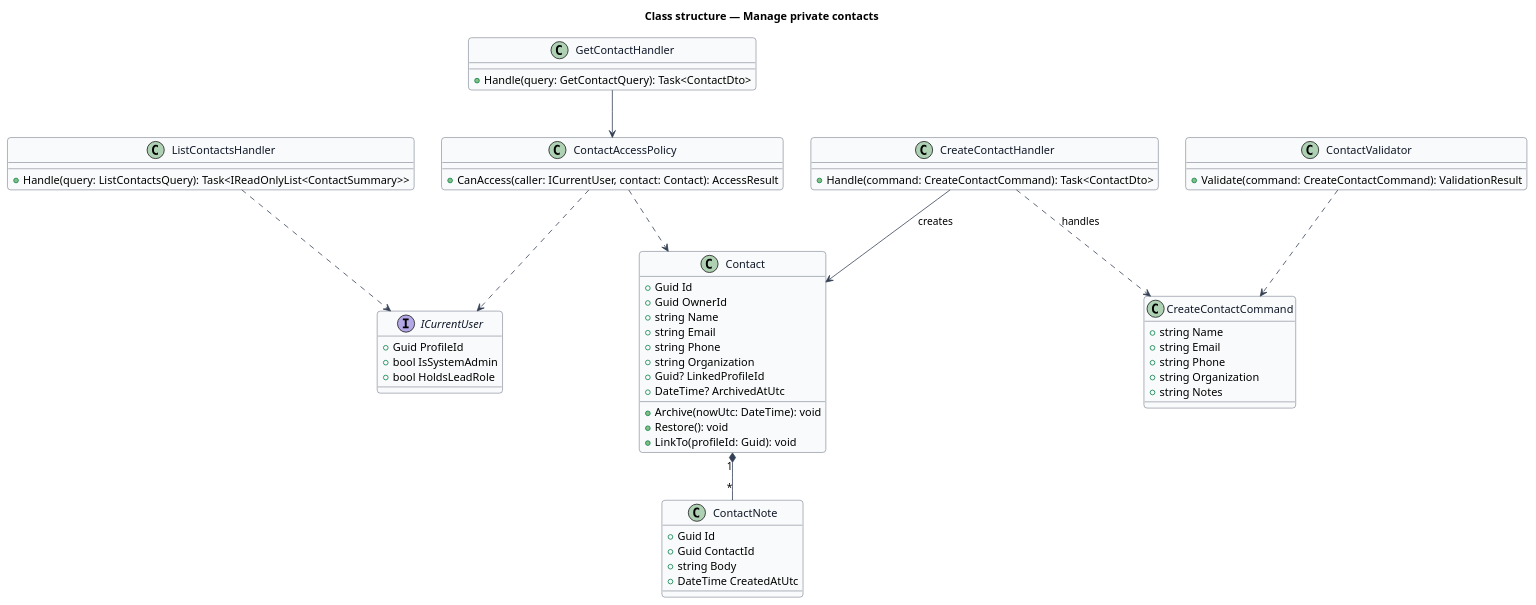
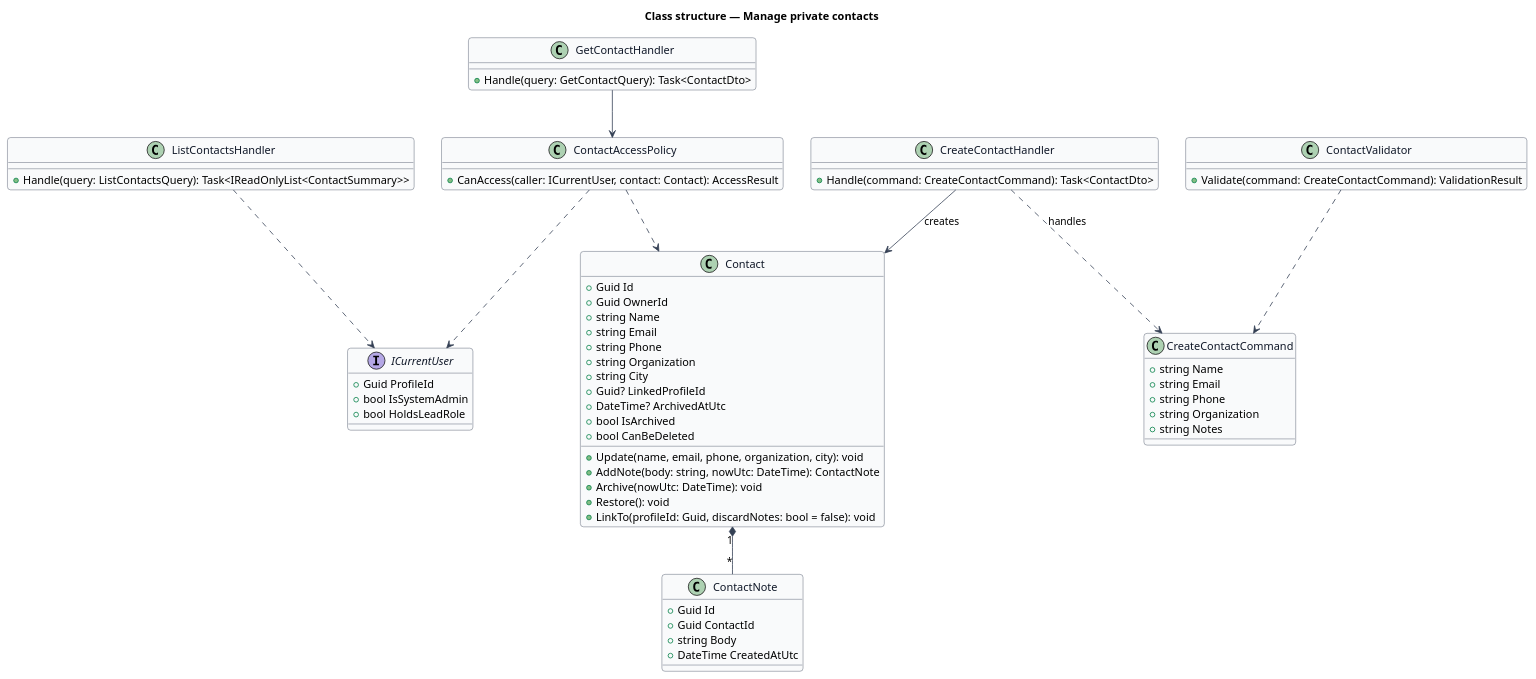
One commit to QuinntyneBrown/faithtech-community changed the diagram in docs/detailed-designs/contacts/manage-contacts/diagrams/class-structure.puml. Above: the diagram before and after it, drawn with PlantUML. The commit also changed 96 other files, not shown here.

```diff
--- a/docs/detailed-designs/contacts/manage-contacts/diagrams/class-structure.puml
+++ b/docs/detailed-designs/contacts/manage-contacts/diagrams/class-structure.puml
@@ -1,68 +1,73 @@
 @startuml
 skinparam backgroundColor #FFFFFF
 skinparam shadowing false
 skinparam roundcorner 8
 skinparam defaultFontName Arial
 skinparam ArrowColor #344054
 skinparam class {
   BorderColor #344054
   FontColor #101828
   BackgroundColor #F9FAFB
 }
 title Class structure — Manage private contacts
 class Contact {
   +Guid Id
   +Guid OwnerId
   +string Name
   +string Email
   +string Phone
   +string Organization
+  +string City
   +Guid? LinkedProfileId
   +DateTime? ArchivedAtUtc
+  +bool IsArchived
+  +bool CanBeDeleted
+  +Update(name, email, phone, organization, city): void
+  +AddNote(body: string, nowUtc: DateTime): ContactNote
   +Archive(nowUtc: DateTime): void
   +Restore(): void
-  +LinkTo(profileId: Guid): void
+  +LinkTo(profileId: Guid, discardNotes: bool = false): void
 }
 class ContactNote {
   +Guid Id
   +Guid ContactId
   +string Body
   +DateTime CreatedAtUtc
 }
 class ContactAccessPolicy {
   +CanAccess(caller: ICurrentUser, contact: Contact): AccessResult
 }
 interface ICurrentUser {
   +Guid ProfileId
   +bool IsSystemAdmin
   +bool HoldsLeadRole
 }
 Contact "1" *-- "*" ContactNote
 ContactAccessPolicy ..> Contact
 ContactAccessPolicy ..> ICurrentUser
 
 class CreateContactCommand {
   +string Name
   +string Email
   +string Phone
   +string Organization
   +string Notes
 }
 class ContactValidator {
   +Validate(command: CreateContactCommand): ValidationResult
 }
 class CreateContactHandler {
   +Handle(command: CreateContactCommand): Task<ContactDto>
 }
 class ListContactsHandler {
   +Handle(query: ListContactsQuery): Task<IReadOnlyList<ContactSummary>>
 }
 class GetContactHandler {
   +Handle(query: GetContactQuery): Task<ContactDto>
 }
 ContactValidator ..> CreateContactCommand
 CreateContactHandler ..> CreateContactCommand : handles
 CreateContactHandler --> Contact : creates
 GetContactHandler --> ContactAccessPolicy
 ListContactsHandler ..> ICurrentUser
 @enduml
```
